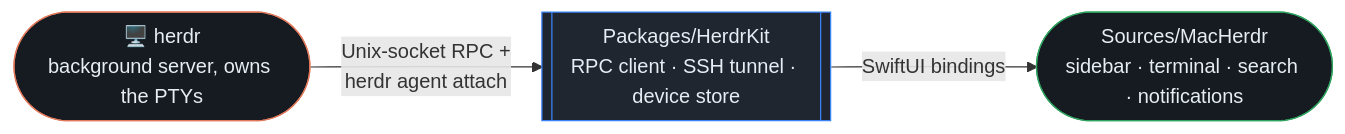
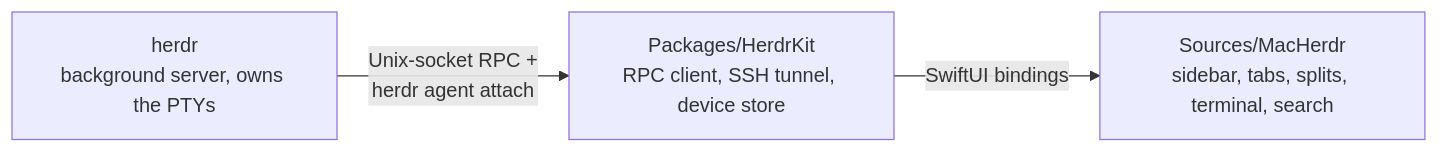
Before and after one commit to aldidas/herdrm: the diagram in README.md, drawn with Mermaid. The commit also changed other lines of this file and 4 other files, not shown here.

Commit message:
docs(readme): rewrite for MacHerdr as a personal fork; drop old images

````diff
--- a/README.md
+++ b/README.md
@@ -169,8 +79,5 @@
 ```mermaid
 flowchart LR
-    A(["🖥️ herdr<br/>background server, owns the PTYs"]) -->|"Unix-socket RPC +<br/>herdr agent attach"| B[["Packages/HerdrKit<br/>RPC client · SSH tunnel · device store"]]
-    B -->|SwiftUI bindings| C(["Sources/MacHerdr<br/>sidebar · terminal · search · notifications"])
-    style A fill:#161b22,stroke:#E2795B,color:#e6edf3
-    style B fill:#1f2630,stroke:#3B82F6,color:#e6edf3
-    style C fill:#161b22,stroke:#2FA35F,color:#e6edf3
+    A["herdr<br/>background server, owns the PTYs"] -->|"Unix-socket RPC +<br/>herdr agent attach"| B["Packages/HerdrKit<br/>RPC client, SSH tunnel, device store"]
+    B -->|SwiftUI bindings| C["Sources/MacHerdr<br/>sidebar, tabs, splits, terminal, search"]
 ```
````
